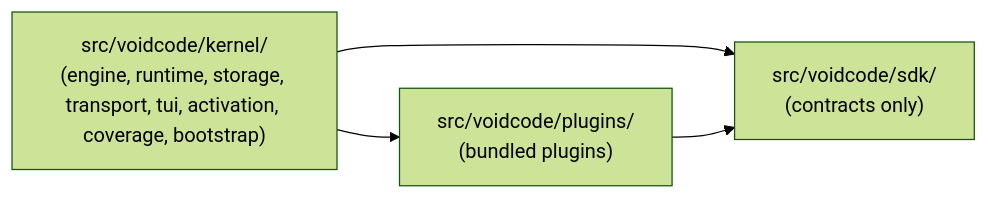
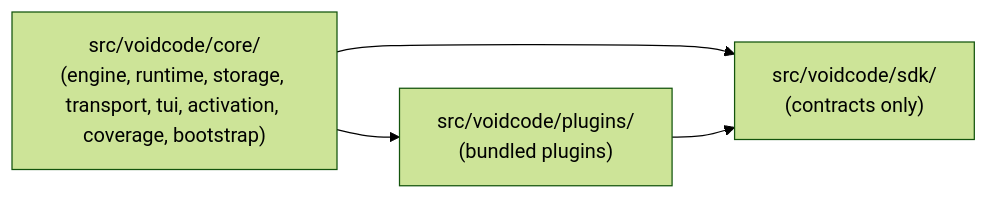
One commit to lei-jia-xing/voidcode changed the diagram in AGENTS.md. Above: the diagram before and after it, drawn with Mermaid (forest theme). The commit also changed other lines of this file and 420 other files, not shown here.

Commit message:
refactor!: rename kernel to core and remove formatter plugin

````diff
--- a/AGENTS.md
+++ b/AGENTS.md
@@ -9,10 +9,10 @@
 ```mermaid
 graph LR
     SDK["src/voidcode/sdk/<br/>(contracts only)"]
-    Kernel["src/voidcode/kernel/<br/>(engine, runtime, storage, transport, tui, activation, coverage, bootstrap)"]
+    Core["src/voidcode/core/<br/>(engine, runtime, storage, transport, tui, activation, coverage, bootstrap)"]
     Plugins["src/voidcode/plugins/<br/>(bundled plugins)"]
 
-    Kernel --> SDK
+    Core --> SDK
     Plugins --> SDK
-    Kernel --> Plugins
+    Core --> Plugins
 ```
````
